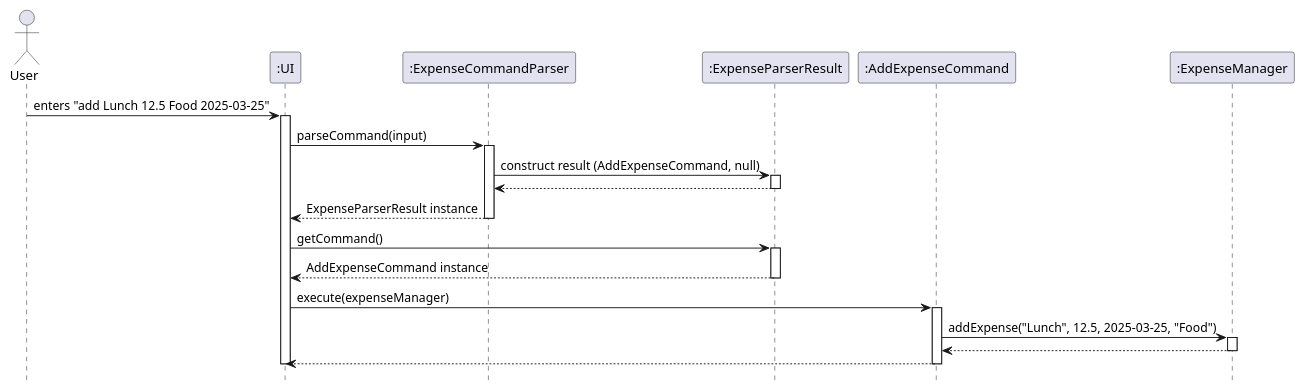
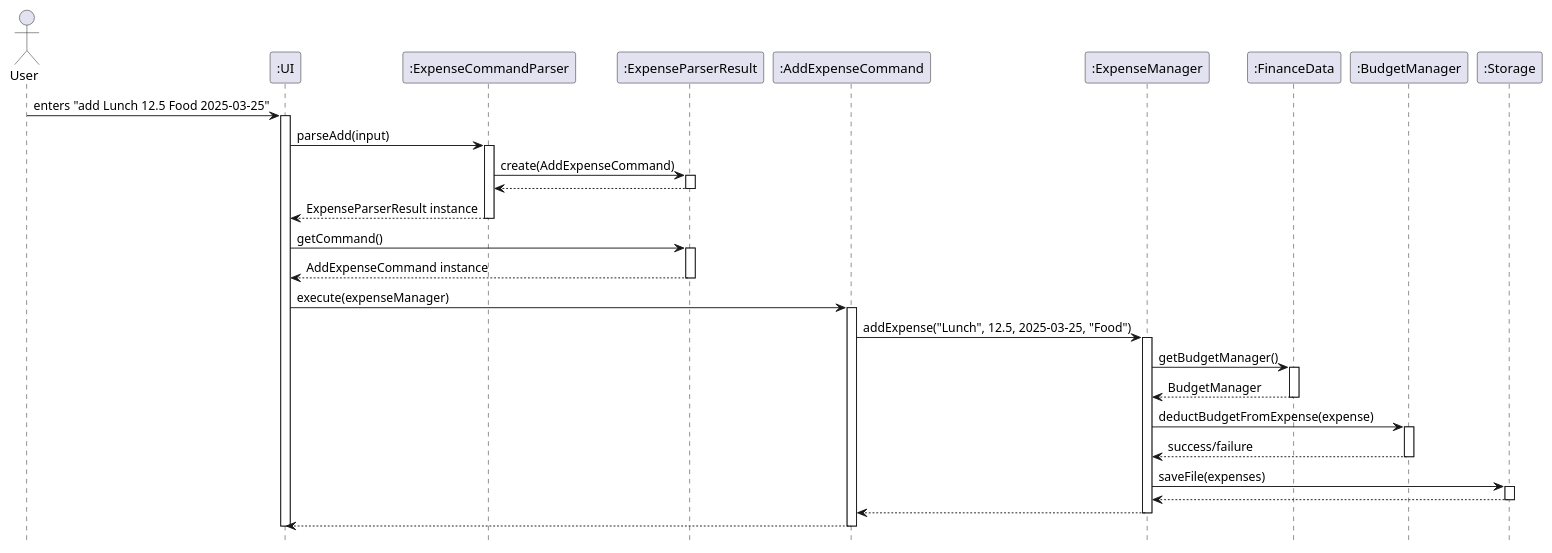
The diagram in docs/diagrams/AddExpenseSequence.puml (trunghjieu2506/tp), drawn with PlantUML before and after one commit. The commit also changed 8 other files, not shown here.

Commit message:
Update PlantUML diagrams

```diff
--- a/docs/diagrams/AddExpenseSequence.puml
+++ b/docs/diagrams/AddExpenseSequence.puml
@@ -1,41 +1,60 @@
 @startuml
 actor User
 participant ":UI"
 participant ":ExpenseCommandParser"
 participant ":ExpenseParserResult"
 participant ":AddExpenseCommand"
 participant ":ExpenseManager"
+participant ":FinanceData"
+participant ":BudgetManager"
+participant ":Storage"
 hide footbox
 
 User -> ":UI" : enters "add Lunch 12.5 Food 2025-03-25"
 activate ":UI"
 
-":UI" -> ":ExpenseCommandParser": parseCommand(input)
+":UI" -> ":ExpenseCommandParser": parseAdd(input)
 activate ":ExpenseCommandParser"
 
-":ExpenseCommandParser" -> ":ExpenseParserResult": construct result (AddExpenseCommand, null)
+":ExpenseCommandParser" -> ":ExpenseParserResult": create(AddExpenseCommand)
 activate ":ExpenseParserResult"
 ":ExpenseParserResult" --> ":ExpenseCommandParser"
 deactivate ":ExpenseParserResult"
 
 ":ExpenseCommandParser" --> ":UI": ExpenseParserResult instance
 deactivate ":ExpenseCommandParser"
 
 ":UI" -> ":ExpenseParserResult": getCommand()
 activate ":ExpenseParserResult"
 ":ExpenseParserResult" --> ":UI": AddExpenseCommand instance
 deactivate ":ExpenseParserResult"
 
 ":UI" -> ":AddExpenseCommand": execute(expenseManager)
 activate ":AddExpenseCommand"
 
 ":AddExpenseCommand" -> ":ExpenseManager": addExpense("Lunch", 12.5, 2025-03-25, "Food")
 activate ":ExpenseManager"
+
+":ExpenseManager" -> ":FinanceData": getBudgetManager()
+activate ":FinanceData"
+":FinanceData" --> ":ExpenseManager": BudgetManager
+deactivate ":FinanceData"
+
+":ExpenseManager" -> ":BudgetManager": deductBudgetFromExpense(expense)
+activate ":BudgetManager"
+":BudgetManager" --> ":ExpenseManager": success/failure
+deactivate ":BudgetManager"
+
+":ExpenseManager" -> ":Storage": saveFile(expenses)
+activate ":Storage"
+":Storage" --> ":ExpenseManager"
+deactivate ":Storage"
+
 ":ExpenseManager" --> ":AddExpenseCommand"
 deactivate ":ExpenseManager"
 
 ":AddExpenseCommand" --> ":UI"
 deactivate ":AddExpenseCommand"
 
 deactivate ":UI"
 @enduml
```
